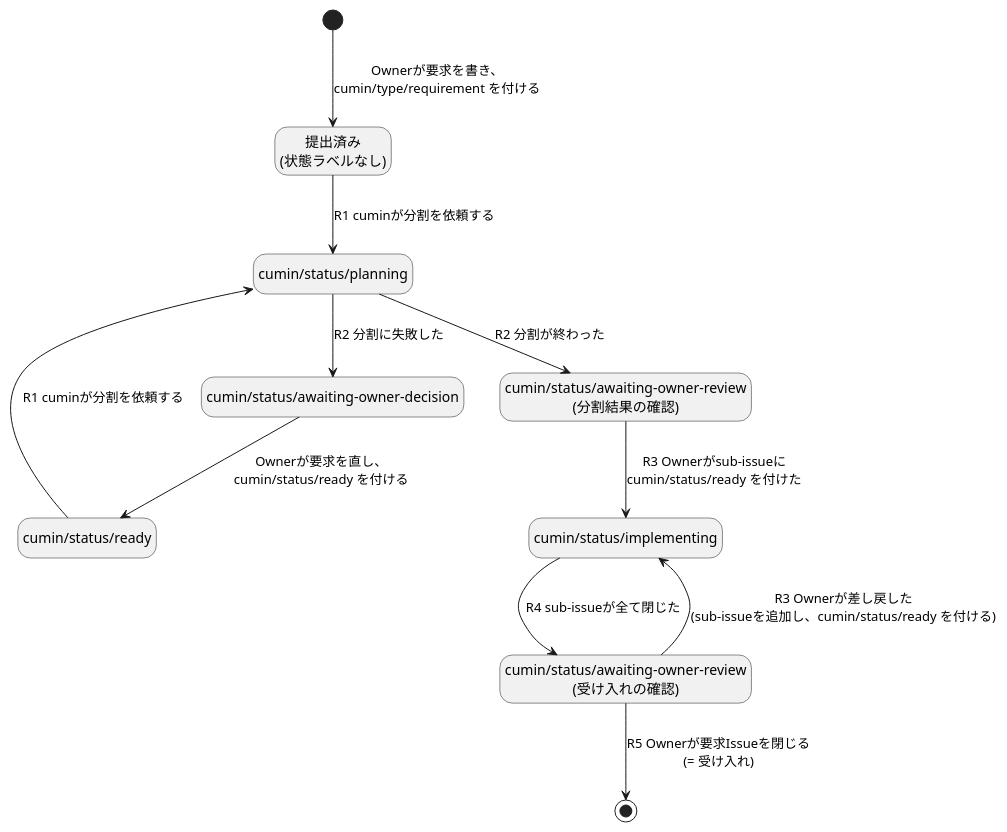
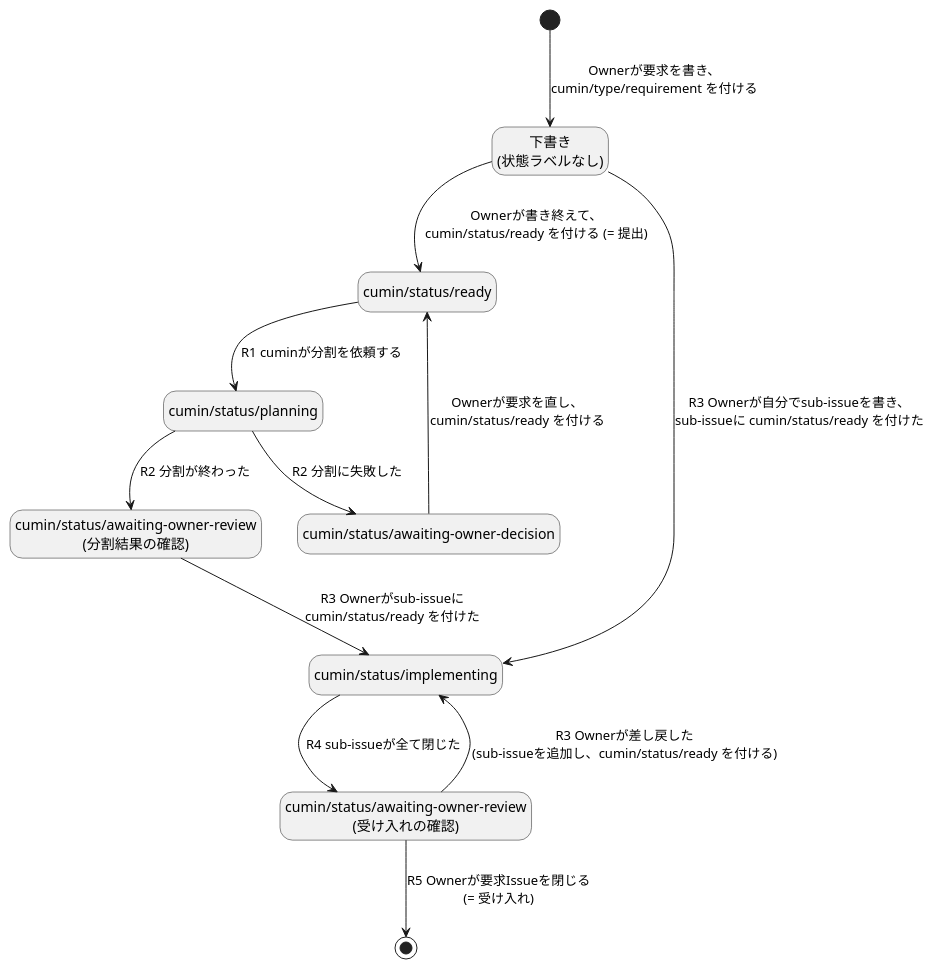
The diagram in docs/ja/requirements/workflow/requirement-issue-states.puml (cloveclovedev/cumin-works), drawn with PlantUML before and after one commit. The commit also changed 13 other files, not shown here.

```diff
--- a/docs/ja/requirements/workflow/requirement-issue-states.puml
+++ b/docs/ja/requirements/workflow/requirement-issue-states.puml
@@ -1,27 +1,28 @@
 @startuml requirement-issue-states
 ' cumin works v2 - 要求Issueの状態遷移
 ' 状態はGitHubのラベルで表す。遷移の番号 (R1など) は issue-states.md の表に対応する。
 ' SVGの書き出し: リポジトリの直下で scripts/render-diagrams.sh を実行する。
 
 hide empty description
 
-state "提出済み\n(状態ラベルなし)" as Submitted
+state "下書き\n(状態ラベルなし)" as Draft
 state "cumin/status/ready" as Ready
 state "cumin/status/planning" as Planning
 state "cumin/status/awaiting-owner-review\n(分割結果の確認)" as PlanReview
 state "cumin/status/implementing" as Implementing
 state "cumin/status/awaiting-owner-review\n(受け入れの確認)" as Acceptance
 state "cumin/status/awaiting-owner-decision" as Decision
 
-[*] --> Submitted : Ownerが要求を書き、\ncumin/type/requirement を付ける
-Submitted --> Planning : R1 cuminが分割を依頼する
+[*] --> Draft : Ownerが要求を書き、\ncumin/type/requirement を付ける
+Draft --> Ready : Ownerが書き終えて、\ncumin/status/ready を付ける (= 提出)
+Draft --> Implementing : R3 Ownerが自分でsub-issueを書き、\nsub-issueに cumin/status/ready を付けた
 Planning --> PlanReview : R2 分割が終わった
 Planning --> Decision : R2 分割に失敗した
 Decision --> Ready : Ownerが要求を直し、\ncumin/status/ready を付ける
 Ready --> Planning : R1 cuminが分割を依頼する
 PlanReview --> Implementing : R3 Ownerがsub-issueに\ncumin/status/ready を付けた
 Implementing --> Acceptance : R4 sub-issueが全て閉じた
 Acceptance --> Implementing : R3 Ownerが差し戻した\n(sub-issueを追加し、cumin/status/ready を付ける)
 Acceptance --> [*] : R5 Ownerが要求Issueを閉じる\n(= 受け入れ)
 
 @enduml
```
